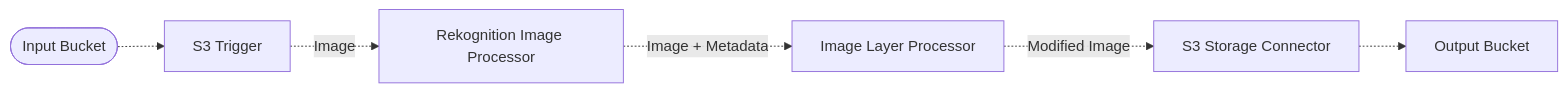
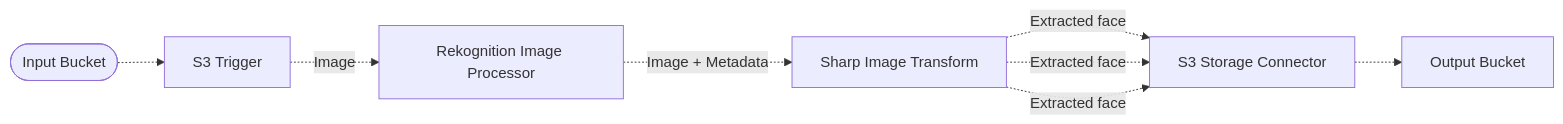
The diagram in examples/simple-pipelines/face-extraction-pipeline/README.md (awslabs/project-lakechain), drawn with Mermaid before and after one commit. The commit also changed 1 other file, not shown here.

Commit message:
fix: face extraction example

````diff
--- a/examples/simple-pipelines/face-extraction-pipeline/README.md
+++ b/examples/simple-pipelines/face-extraction-pipeline/README.md
@@ -7,8 +7,10 @@
 ```mermaid
 flowchart LR
   Input([Input Bucket]) -.-> S3[S3 Trigger]
   S3 -. Image .-> Rekognition[Rekognition Image Processor]
-  Rekognition -. Image + Metadata .-> Image[Image Layer Processor]
-  Image -. Modified Image .-> S3Storage[S3 Storage Connector]
+  Rekognition -. Image + Metadata .-> Sharp[Sharp Image Transform]
+  Sharp -. Extracted face .-> S3Storage[S3 Storage Connector]
+  Sharp -. Extracted face .-> S3Storage[S3 Storage Connector]
+  Sharp -. Extracted face .-> S3Storage[S3 Storage Connector]
   S3Storage -.-> Output[Output Bucket]
 ```
````
